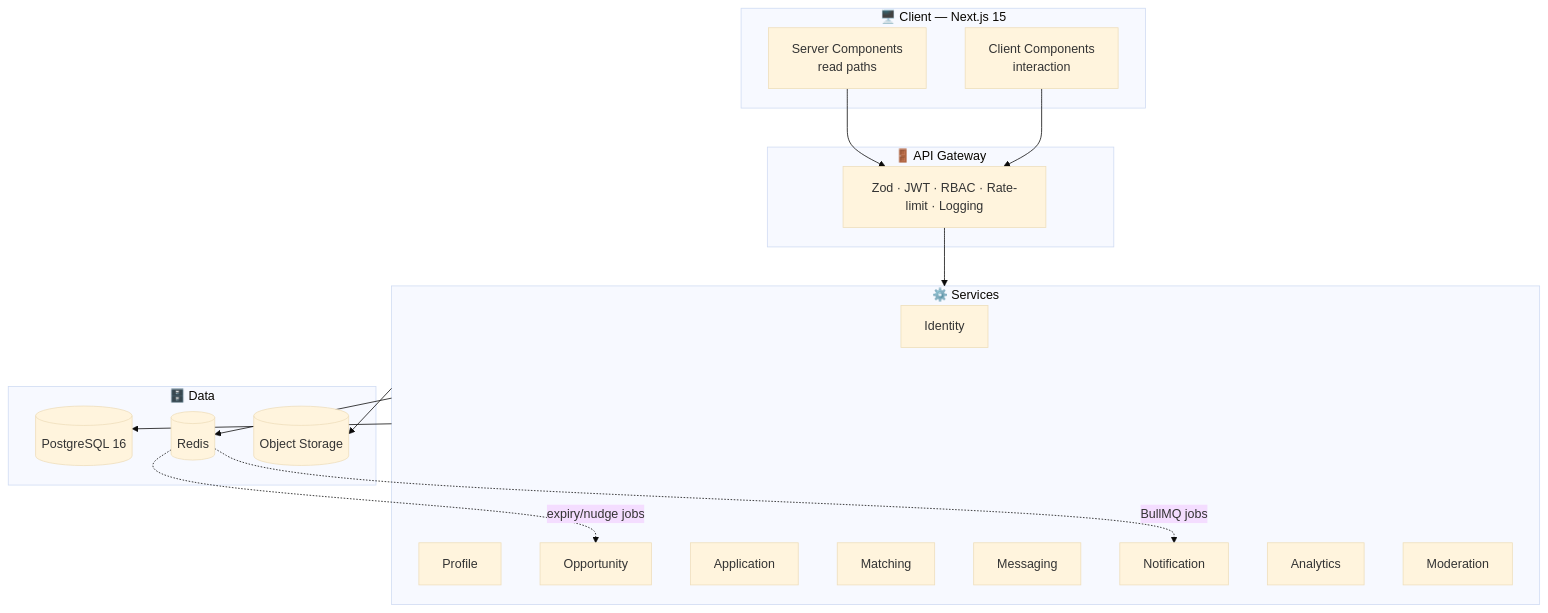
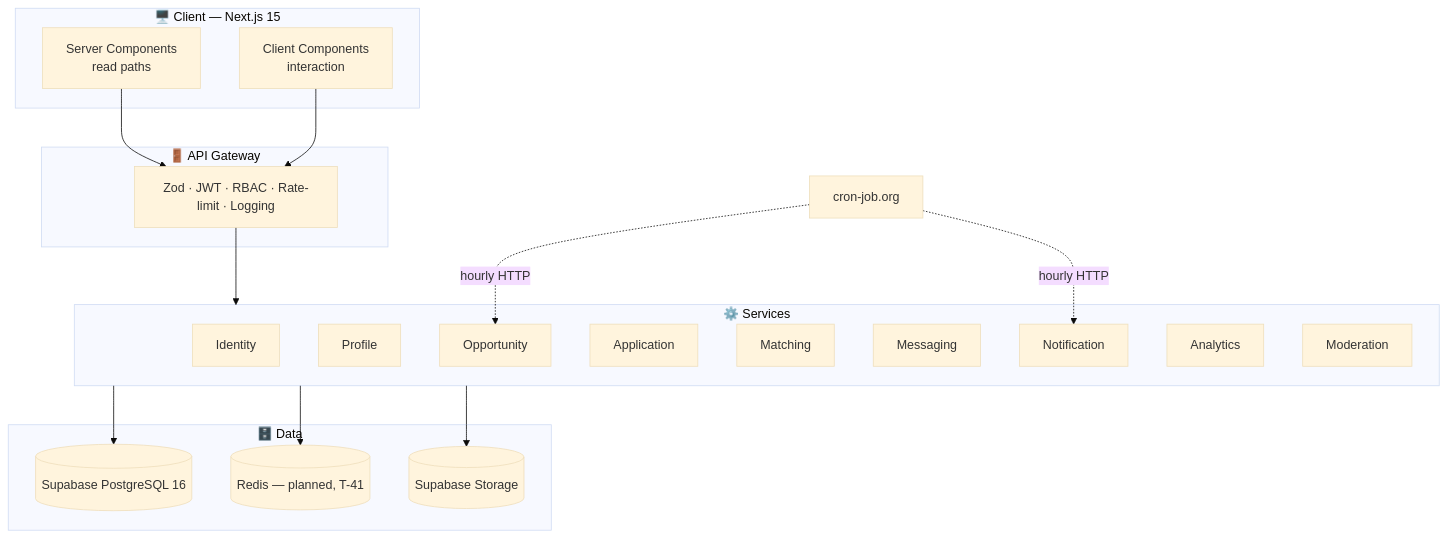
The first of 3 diagrams in docs/TechSpecifications.md (HarshdeepAthawale/UCS503-Software-Engineering), drawn with Mermaid (base theme) before and after one commit. The commit also changed other lines of this file and 6 other files, not shown here.

````diff
--- a/docs/TechSpecifications.md
+++ b/docs/TechSpecifications.md
@@ -55,26 +55,26 @@
 ```mermaid
 flowchart TD
     subgraph Client["🖥️ Client — Next.js 15"]
         RSC[Server Components<br/>read paths]
         CC[Client Components<br/>interaction]
     end
     subgraph Gateway["🚪 API Gateway"]
         MW[Zod · JWT · RBAC · Rate-limit · Logging]
     end
     subgraph Services["⚙️ Services"]
         ID[Identity]; PR[Profile]; OP[Opportunity]
         AP[Application]; MA[Matching]; MS[Messaging]
         NO[Notification]; AN[Analytics]; MO[Moderation]
     end
     subgraph Data["🗄️ Data"]
-        PG[(PostgreSQL 16)]; RD[(Redis)]; S3[(Object Storage)]
+        PG[(Supabase PostgreSQL 16)]; RD[(Redis — planned, T-41)]; S3[(Supabase Storage)]
     end
     RSC --> MW
     CC --> MW
     MW --> Services
     Services --> PG
     Services --> RD
     Services --> S3
-    RD -.BullMQ jobs.-> NO
-    RD -.expiry/nudge jobs.-> OP
+    CRON[cron-job.org] -.hourly HTTP.-> NO
+    CRON -.hourly HTTP.-> OP
 ```
````
